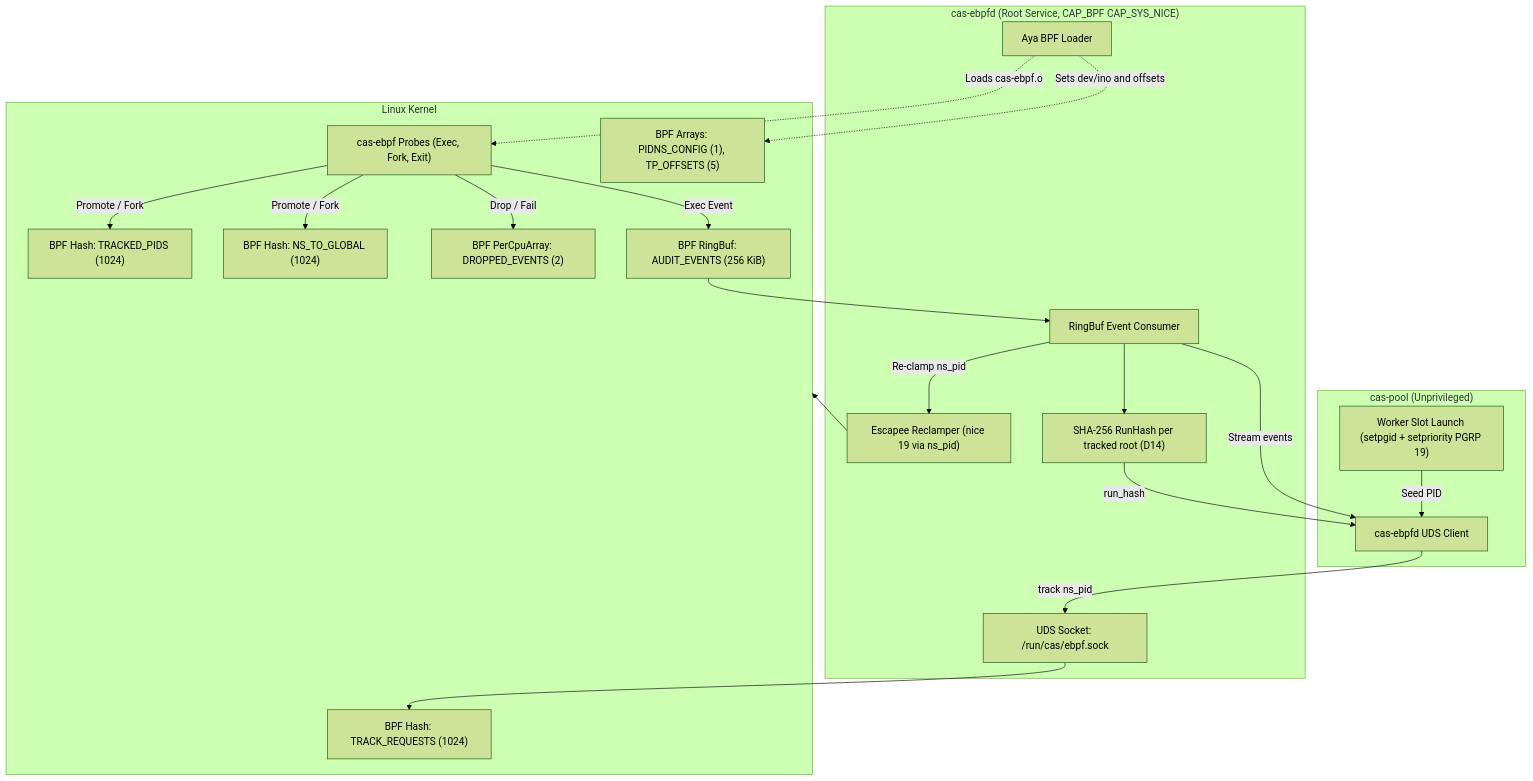
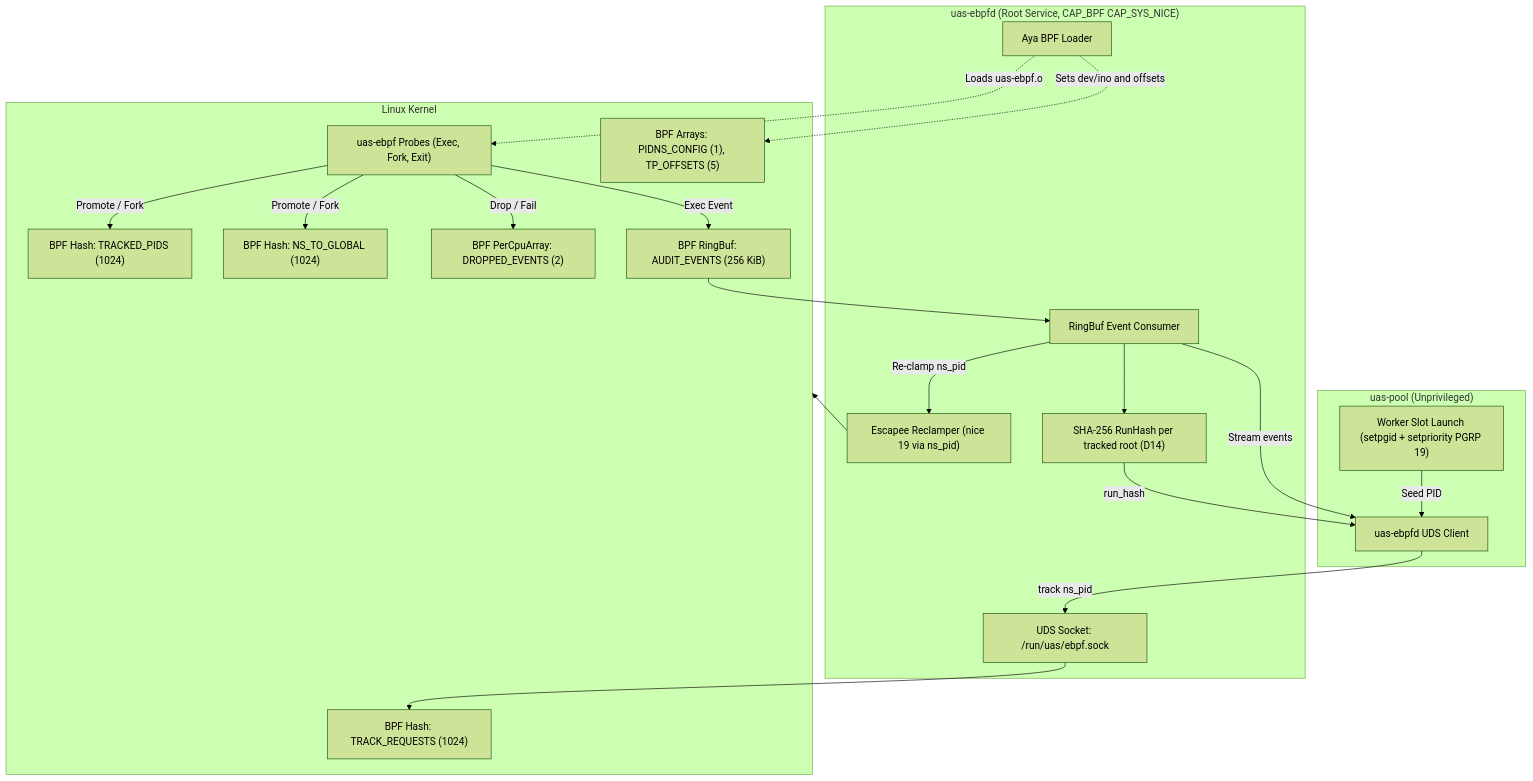
Before and after one commit to unsigned-gg/uas: the diagram in specs/0014-ebpf-priority-clamping-and-audit-probes.md, drawn with Mermaid (forest theme). The commit also changed other lines of this file and 12 other files, not shown here.

First line of the commit message:
docs(specs): rename cas to uas in the prose of specs 0014 to 0026 (spec 0037 D4)

````diff
--- a/specs/0014-ebpf-priority-clamping-and-audit-probes.md
+++ b/specs/0014-ebpf-priority-clamping-and-audit-probes.md
@@ -93,32 +93,32 @@
 ```mermaid
 flowchart TD
-    subgraph Pool["cas-pool (Unprivileged)"]
+    subgraph Pool["uas-pool (Unprivileged)"]
         Launch["Worker Slot Launch (setpgid + setpriority PGRP 19)"]
-        PoolClient["cas-ebpfd UDS Client"]
+        PoolClient["uas-ebpfd UDS Client"]
     end
-    subgraph Daemon["cas-ebpfd (Root Service, CAP_BPF CAP_SYS_NICE)"]
-        UdsServer["UDS Socket: /run/cas/ebpf.sock"]
+    subgraph Daemon["uas-ebpfd (Root Service, CAP_BPF CAP_SYS_NICE)"]
+        UdsServer["UDS Socket: /run/uas/ebpf.sock"]
         Loader["Aya BPF Loader"]
         Consumer["RingBuf Event Consumer"]
         Reclamper["Escapee Reclamper (nice 19 via ns_pid)"]
         Hasher["SHA-256 RunHash per tracked root (D14)"]
     end
     subgraph Kernel["Linux Kernel"]
-        Probes["cas-ebpf Probes (Exec, Fork, Exit)"]
+        Probes["uas-ebpf Probes (Exec, Fork, Exit)"]
         ConfigMap["BPF Arrays: PIDNS_CONFIG (1), TP_OFFSETS (5)"]
         ReqMap["BPF Hash: TRACK_REQUESTS (1024)"]
         PidMap["BPF Hash: TRACKED_PIDS (1024)"]
         NsMap["BPF Hash: NS_TO_GLOBAL (1024)"]
         RingBuf["BPF RingBuf: AUDIT_EVENTS (256 KiB)"]
         DropMap["BPF PerCpuArray: DROPPED_EVENTS (2)"]
     end
     Launch -->|Seed PID| PoolClient -->|track ns_pid| UdsServer --> ReqMap
     Loader -.->|Sets dev/ino and offsets| ConfigMap
-    Loader -.->|Loads cas-ebpf.o| Probes
+    Loader -.->|Loads uas-ebpf.o| Probes
     Probes -->|Promote / Fork| PidMap & NsMap
     Probes -->|Exec Event| RingBuf
     Probes -->|Drop / Fail| DropMap
     RingBuf --> Consumer --> Hasher -->|run_hash| PoolClient
     Consumer -->|Stream events| PoolClient
     Consumer -->|Re-clamp ns_pid| Reclamper --> Kernel
 ```
````
